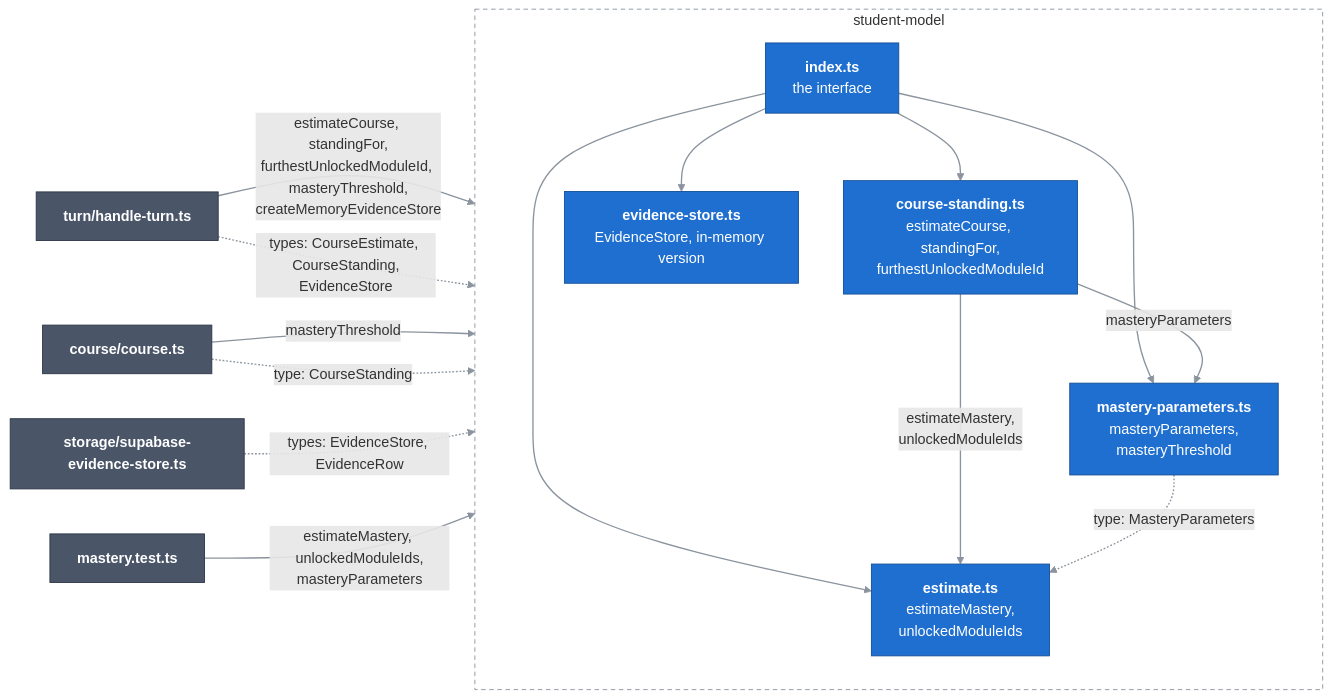
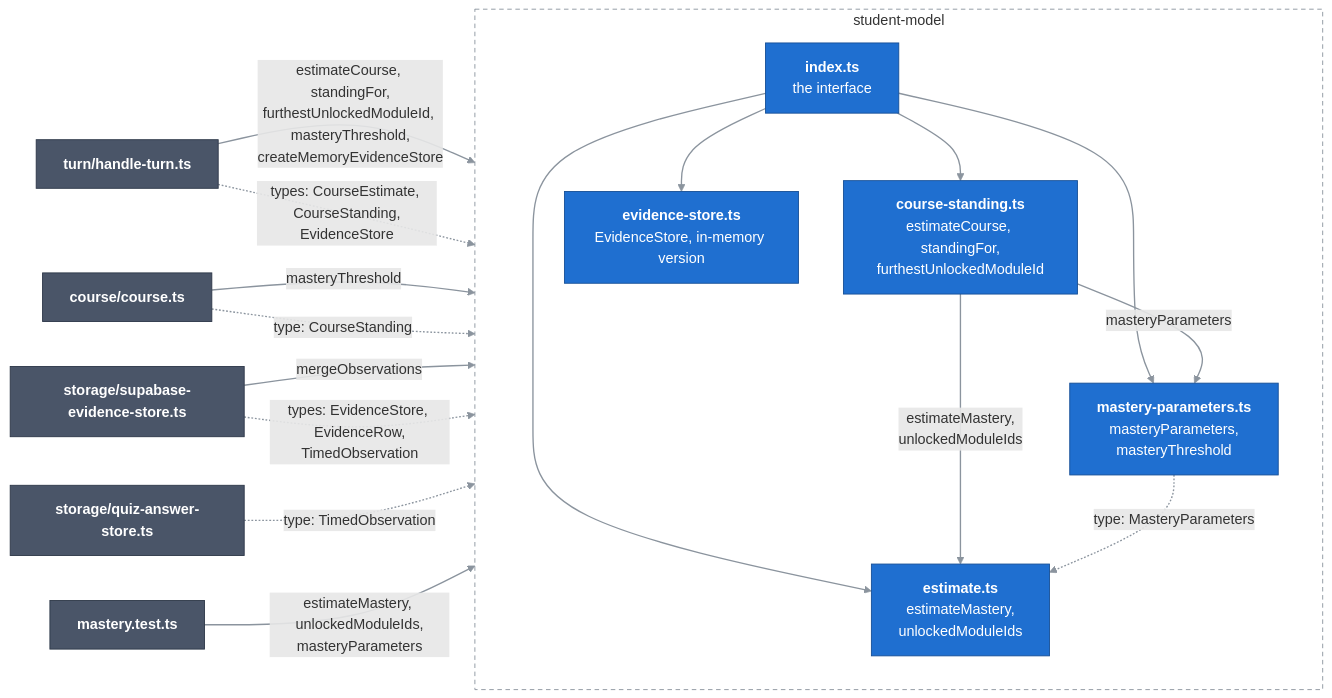
Before and after one commit to Bill2926/COS40005_HN9_Verifiable_Co-Learner_Agent: the diagram in docs/c4/03-components/server/05-student-model.md, drawn with Mermaid. The commit also changed other lines of this file and 12 other files, not shown here.

````diff
--- a/docs/c4/03-components/server/05-student-model.md
+++ b/docs/c4/03-components/server/05-student-model.md
@@ -12,36 +12,39 @@
 ```mermaid
 flowchart LR
   classDef comp fill:#1f6fd0,stroke:#164f96,color:#ffffff
   classDef near fill:#4a5568,stroke:#2d3748,color:#ffffff
   linkStyle default stroke:#8b949e,stroke-width:1.5px
 
   turn["<b>turn/handle-turn.ts</b>"]:::near
   course["<b>course/course.ts</b>"]:::near
   supaStore["<b>storage/supabase-evidence-store.ts</b>"]:::near
+  quizStore["<b>storage/quiz-answer-store.ts</b>"]:::near
   tests["<b>mastery.test.ts</b>"]:::near
 
   subgraph sm["student-model"]
     direction TB
     index["<b>index.ts</b><br/>the interface"]:::comp
     standing["<b>course-standing.ts</b><br/>estimateCourse, standingFor,<br/>furthestUnlockedModuleId"]:::comp
     estimate["<b>estimate.ts</b><br/>estimateMastery,<br/>unlockedModuleIds"]:::comp
     params["<b>mastery-parameters.ts</b><br/>masteryParameters,<br/>masteryThreshold"]:::comp
     ledger["<b>evidence-store.ts</b><br/>EvidenceStore, in-memory version"]:::comp
   end
 
   turn -->|"estimateCourse, standingFor,<br/>furthestUnlockedModuleId, masteryThreshold,<br/>createMemoryEvidenceStore"| index
   turn -.->|"types: CourseEstimate, CourseStanding,<br/>EvidenceStore"| index
   course -->|"masteryThreshold"| index
   course -.->|"type: CourseStanding"| index
-  supaStore -.->|"types: EvidenceStore, EvidenceRow"| index
+  supaStore -->|"mergeObservations"| index
+  supaStore -.->|"types: EvidenceStore, EvidenceRow,<br/>TimedObservation"| index
+  quizStore -.->|"type: TimedObservation"| index
   tests -->|"estimateMastery, unlockedModuleIds,<br/>masteryParameters"| index
   index --> standing
   index --> estimate
   index --> params
   index --> ledger
   standing -->|"estimateMastery,<br/>unlockedModuleIds"| estimate
   standing -->|"masteryParameters"| params
   params -.->|"type: MasteryParameters"| estimate
 
   style sm fill:none,stroke:#8b949e,stroke-dasharray:5 4
 ```
````
